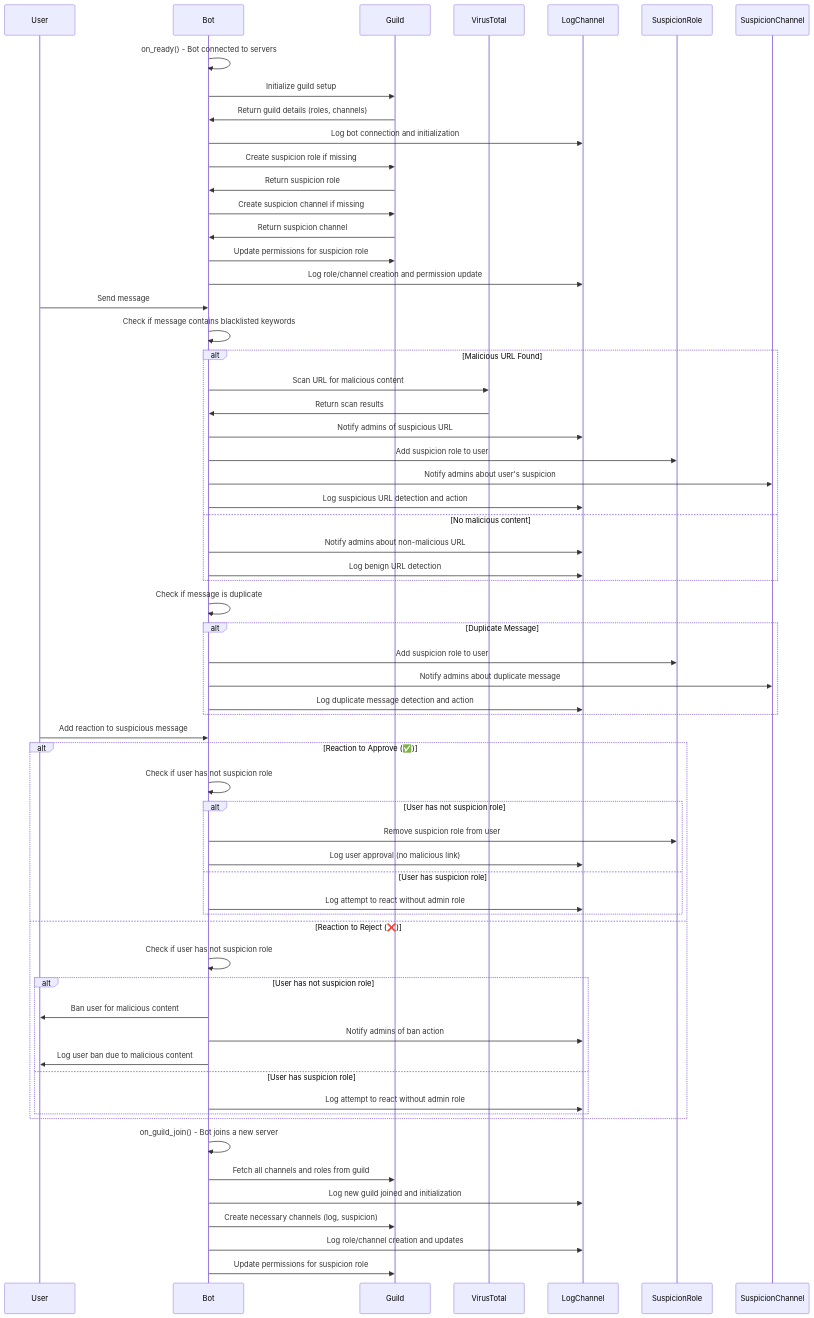
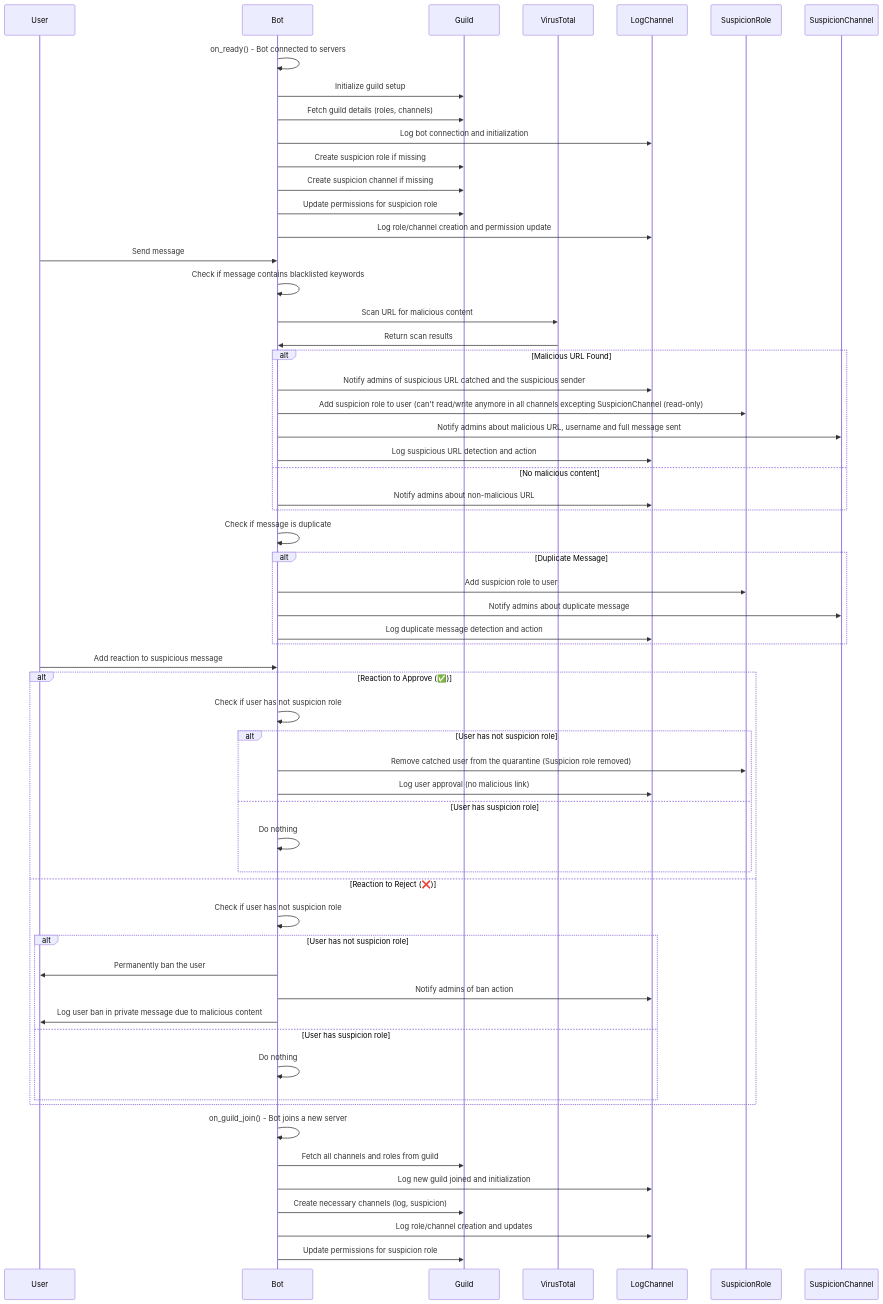
One commit to u-damien/discord-link-blocker changed the diagram in README.md. Above: the diagram before and after it, drawn with Mermaid. The commit also changed other lines of this file, not shown here.

````diff
--- a/README.md
+++ b/README.md
@@ -94,73 +75,70 @@
 ```mermaid
 sequenceDiagram
     participant User
     participant Bot
     participant Guild
     participant VirusTotal
     participant LogChannel
     participant SuspicionRole
     participant SuspicionChannel
 
     %% Bot initialization (on_ready)
     Bot->>Bot: on_ready() - Bot connected to servers
     Bot->>Guild: Initialize guild setup
-    Guild->>Bot: Return guild details (roles, channels)
+    Bot->>Guild: Fetch guild details (roles, channels)
     Bot->>LogChannel: Log bot connection and initialization
     Bot->>Guild: Create suspicion role if missing
-    Guild->>Bot: Return suspicion role
     Bot->>Guild: Create suspicion channel if missing
-    Guild->>Bot: Return suspicion channel
     Bot->>Guild: Update permissions for suspicion role
     Bot->>LogChannel: Log role/channel creation and permission update
 
     %% User sends a message (on_message)
     User->>Bot: Send message
     Bot->>Bot: Check if message contains blacklisted keywords
+    Bot->>VirusTotal: Scan URL for malicious content
+    VirusTotal->>Bot: Return scan results
     alt Malicious URL Found
-        Bot->>VirusTotal: Scan URL for malicious content
-        VirusTotal->>Bot: Return scan results
-        Bot->>LogChannel: Notify admins of suspicious URL
-        Bot->>SuspicionRole: Add suspicion role to user
-        Bot->>SuspicionChannel: Notify admins about user's suspicion
+        Bot->>LogChannel: Notify admins of suspicious URL catched and the suspicious sender
+        Bot->>SuspicionRole: Add suspicion role to user (can't read/write anymore in all channels excepting SuspicionChannel (read-only)
+        Bot->>SuspicionChannel: Notify admins about malicious URL, username and full message sent
         Bot->>LogChannel: Log suspicious URL detection and action
     else No malicious content
         Bot->>LogChannel: Notify admins about non-malicious URL
-        Bot->>LogChannel: Log benign URL detection
     end
 
     Bot->>Bot: Check if message is duplicate
     alt Duplicate Message
         Bot->>SuspicionRole: Add suspicion role to user
         Bot->>SuspicionChannel: Notify admins about duplicate message
         Bot->>LogChannel: Log duplicate message detection and action
     end
 
     %% Reaction handling (on_reaction_add)
     User->>Bot: Add reaction to suspicious message
     alt Reaction to Approve (✅)
         Bot->>Bot: Check if user has not suspicion role
         alt User has not suspicion role
-            Bot->>SuspicionRole: Remove suspicion role from user
+            Bot->>SuspicionRole: Remove catched user from the quarantine (Suspicion role removed)
             Bot->>LogChannel: Log user approval (no malicious link)
         else User has suspicion role
-            Bot->>LogChannel: Log attempt to react without admin role
+            Bot->>Bot:Do nothing
         end
     else Reaction to Reject (❌)
         Bot->>Bot: Check if user has not suspicion role
         alt User has not suspicion role
-            Bot->>User: Ban user for malicious content
+            Bot->>User: Permanently ban the user
             Bot->>LogChannel: Notify admins of ban action
-            Bot->>User: Log user ban due to malicious content
+            Bot->>User: Log user ban in private message due to malicious content
         else User has suspicion role
-            Bot->>LogChannel: Log attempt to react without admin role
+            Bot->>Bot:Do nothing
         end
     end
 
     %% Bot setup when joining a new guild (on_guild_join)
     Bot->>Bot: on_guild_join() - Bot joins a new server
     Bot->>Guild: Fetch all channels and roles from guild
     Bot->>LogChannel: Log new guild joined and initialization
     Bot->>Guild: Create necessary channels (log, suspicion)
     Bot->>LogChannel: Log role/channel creation and updates
     Bot->>Guild: Update permissions for suspicion role
 ```
````
